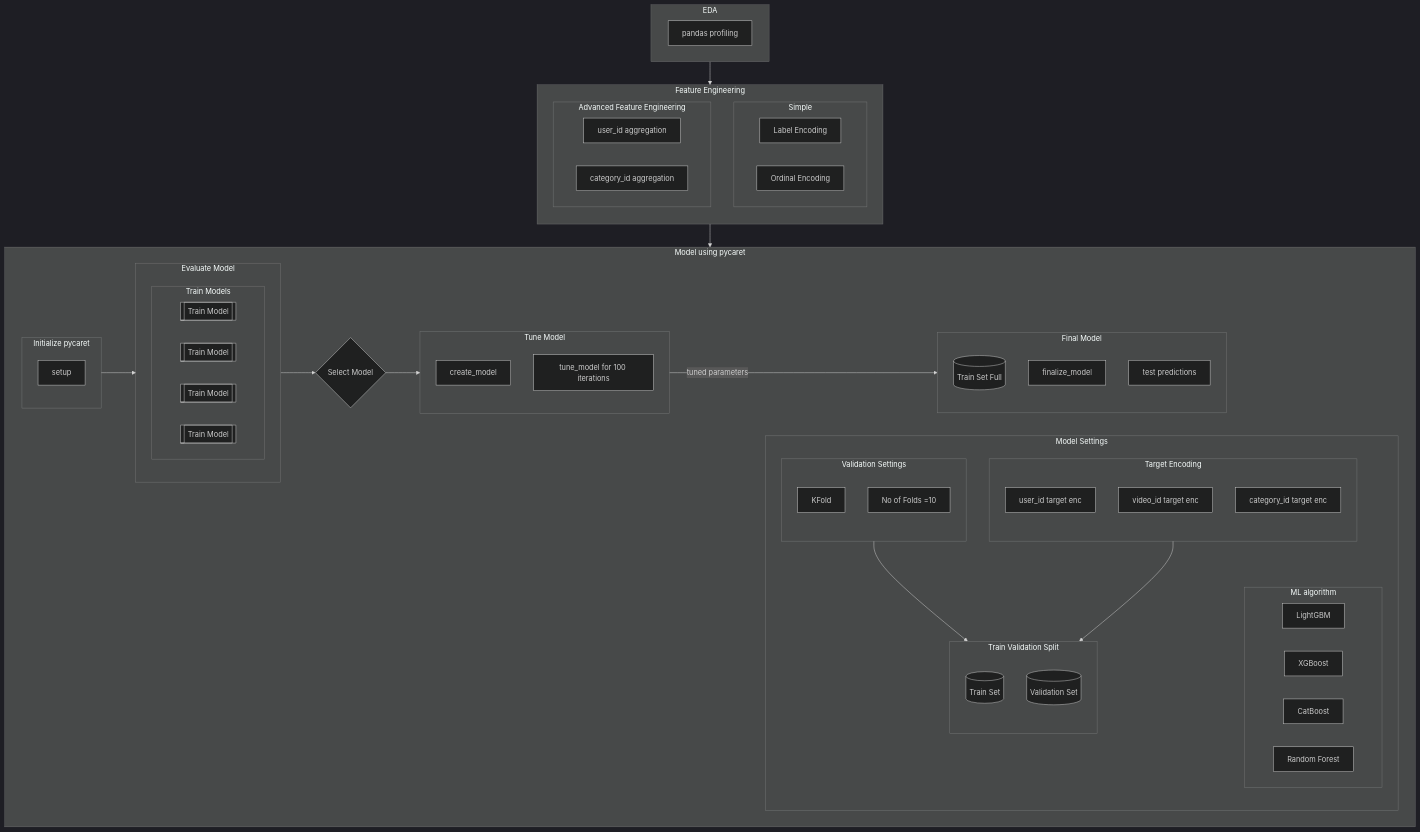
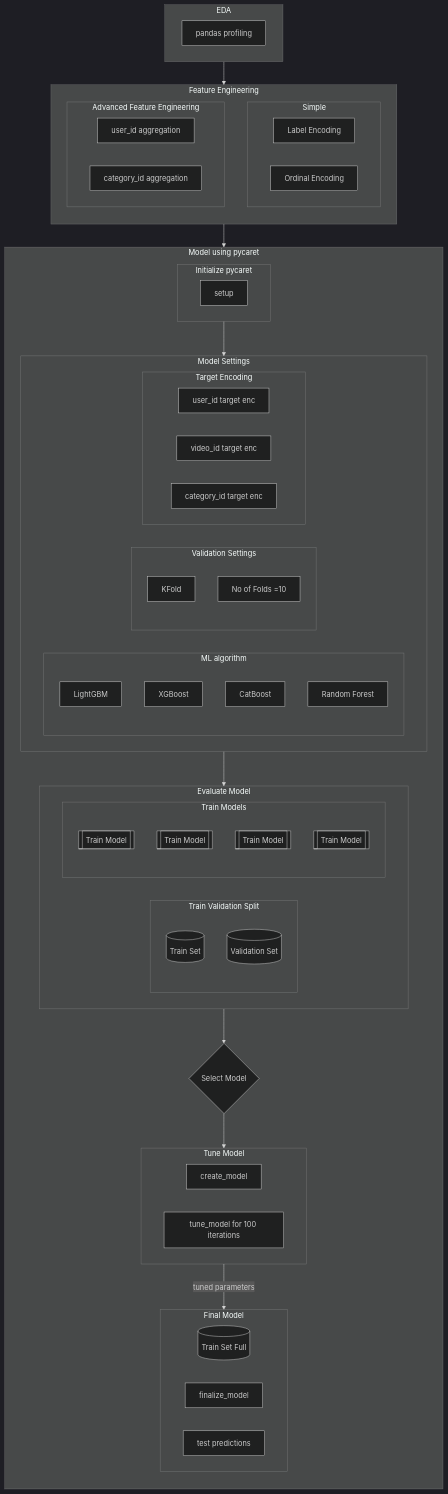
The diagram in readme test.md (baskarsambandamurthy/testrep), drawn with Mermaid (dark theme) before and after one commit.

Commit message:
Working flow from top to bottom

`````diff
--- a/readme test.md
+++ b/readme test.md
@@ -11,70 +11,71 @@
 ```mermaid
 flowchart TB
     FE --> py
     subgraph py[Model using pycaret]
+      direction TB
       subgraph py1[Initialize pycaret]
         py11[setup]
       end
-      subgraph modelset[Model Settings]
-        subgraph modelset1[ML algorithm]
-          modelset11[LightGBM]
-          modelset12[XGBoost]
-          modelset13[CatBoost]
-          modelset14[Random Forest]
-        end
-        modelset2 --> py21
-        modelsette-->py21
-        subgraph modelset2[Validation Settings]
-          modelset21[KFold]
-          modelset22[No of Folds =10]
-        end
-        subgraph modelsette[Target Encoding]
-          modelsette1[user_id target enc]
-          modelsette2[video_id target enc]
-          modelsette3[category_id target enc]
-        end
-      end
-      py1 --> py2
+      modelset --> py2
+      py1 --> modelset
       py2 --> sel{Select Model}
       sel --> py3
       py3 -->|tuned parameters|py4
       subgraph py2[Evaluate Model]
           subgraph py21[Train Validation Split]
             py211[(Train Set)]
             py212[(Validation Set)]
           end
           subgraph py22[Train Models]
             py221[[Train Model]]
             py222[[Train Model]]
             py223[[Train Model]]
             py224[[Train Model]]
           end
       end
       subgraph py3[Tune Model]
         py31[create_model]
         py32[tune_model for 100 iterations]
       end    
       subgraph py4[Final Model]
         py41[(Train Set Full)]
         py42[finalize_model]
         py43[test predictions]
       end       
+      subgraph modelset[Model Settings]
+        subgraph modelset1[ML algorithm]
+          modelset11[LightGBM]
+          modelset12[XGBoost]
+          modelset13[CatBoost]
+          modelset14[Random Forest]
+        end
+
+        subgraph modelset2[Validation Settings]
+          modelset21[KFold]
+          modelset22[No of Folds =10]
+        end
+        subgraph modelsette[Target Encoding]
+          modelsette1[user_id target enc]
+          modelsette2[video_id target enc]
+          modelsette3[category_id target enc]
+        end
+      end
     end
     subgraph FE[Feature Engineering]
     direction TB
     subgraph SFE[Simple]
         direction LR
         LE[Label Encoding]
         OE[Ordinal Encoding]
     end
     subgraph ADV[Advanced Feature Engineering]
         direction LR
         AGG1[user_id aggregation]
         AGG2[category_id aggregation]
     end
   end
   subgraph EDA
     EDA1[pandas profiling]
   end
   EDA -->FE 
 ````
`````
